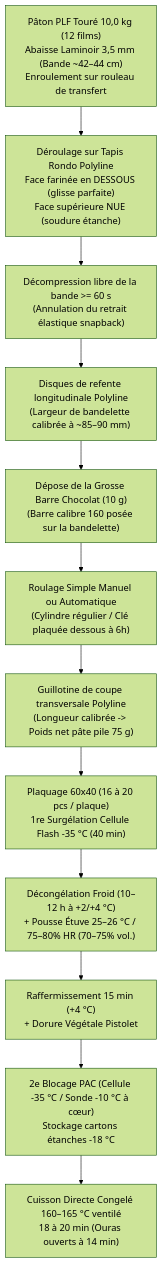
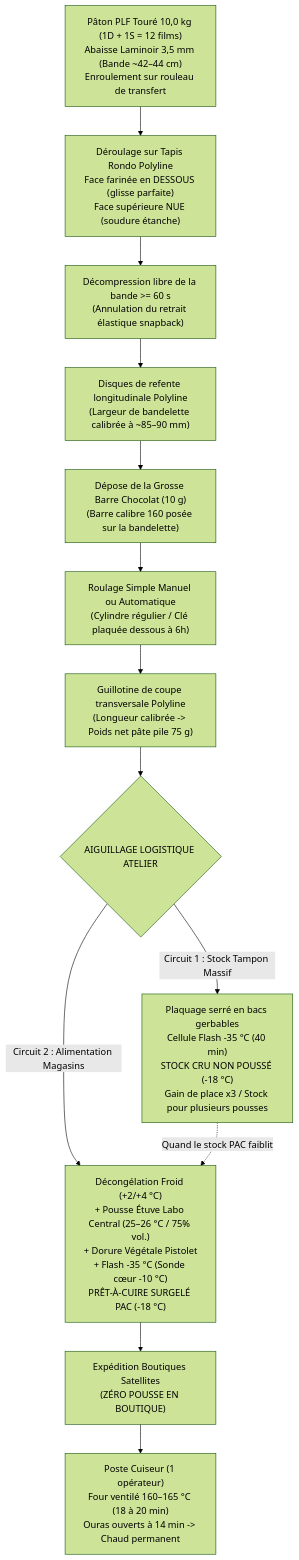
The diagram in recettes/catalogue/pain-chocolat-equerre-pac.md (jri561/laboratoire-tourage-boulangerie), drawn with Mermaid (forest theme) before and after one commit. The commit also changed other lines of this file and 92 other files, not shown here.

Commit message:
feat: synchronisation recettes atelier (PLF, Kouign-Amann, Galettes, Brioches, Viennoises), cahier PDF et outillage Drive

````diff
--- a/recettes/catalogue/pain-chocolat-equerre-pac.md
+++ b/recettes/catalogue/pain-chocolat-equerre-pac.md
@@ -54,15 +58,16 @@
 ```mermaid
 flowchart TD
-    A["Pâton PLF Touré 10,0 kg (12 films)\nAbaisse Laminoir 3,5 mm (Bande ~42–44 cm)\nEnroulement sur rouleau de transfert"] 
+    A["Pâton PLF Touré 10,0 kg (1D + 1S = 12 films)\nAbaisse Laminoir 3,5 mm (Bande ~42–44 cm)\nEnroulement sur rouleau de transfert"] 
     --> B["Déroulage sur Tapis Rondo Polyline\nFace farinée en DESSOUS (glisse parfaite)\nFace supérieure NUE (soudure étanche)"]
     --> C["Décompression libre de la bande >= 60 s\n(Annulation du retrait élastique snapback)"]
     --> D["Disques de refente longitudinale Polyline\n(Largeur de bandelette calibrée à ~85–90 mm)"]
     --> E["Dépose de la Grosse Barre Chocolat (10 g)\n(Barre calibre 160 posée sur la bandelette)"]
     --> F["Roulage Simple Manuel ou Automatique\n(Cylindre régulier / Clé plaquée dessous à 6h)"]
     --> G["Guillotine de coupe transversale Polyline\n(Longueur calibrée -> Poids net pâte pile 75 g)"]
-    --> H["Plaquage 60x40 (16 à 20 pcs / plaque)\n1re Surgélation Cellule Flash -35 °C (40 min)"]
-    --> I["Décongélation Froid (10–12 h à +2/+4 °C)\n+ Pousse Étuve 25–26 °C / 75–80% HR (70–75% vol.)"]
-    --> J["Raffermissement 15 min (+4 °C)\n+ Dorure Végétale Pistolet"]
-    --> K["2e Blocage PAC (Cellule -35 °C / Sonde -10 °C à cœur)\nStockage cartons étanches -18 °C"]
-    --> L["Cuisson Directe Congelé 160–165 °C ventilé\n18 à 20 min (Ouras ouverts à 14 min)"]
+    --> H{"AIGUILLAGE LOGISTIQUE ATELIER"}
+    H -->|Circuit 1 : Stock Tampon Massif| I["Plaquage serré en bacs gerbables\nCellule Flash -35 °C (40 min)\nSTOCK CRU NON POUSSÉ (-18 °C)\nGain de place x3 / Stock pour plusieurs pousses"]
+    H -->|Circuit 2 : Alimentation Magasins| J["Décongélation Froid (+2/+4 °C)\n+ Pousse Étuve Labo Central (25–26 °C / 75% vol.)\n+ Dorure Végétale Pistolet\n+ Flash -35 °C (Sonde cœur -10 °C)\nPRÊT-À-CUIRE SURGELÉ PAC (-18 °C)"]
+    I -.->|Quand le stock PAC faiblit| J
+    J --> K["Expédition Boutiques Satellites\n(ZÉRO POUSSE EN BOUTIQUE)"]
+    K --> L["Poste Cuiseur (1 opérateur)\nFour ventilé 160–165 °C (18 à 20 min)\nOuras ouverts à 14 min -> Chaud permanent"]
 ```
````
